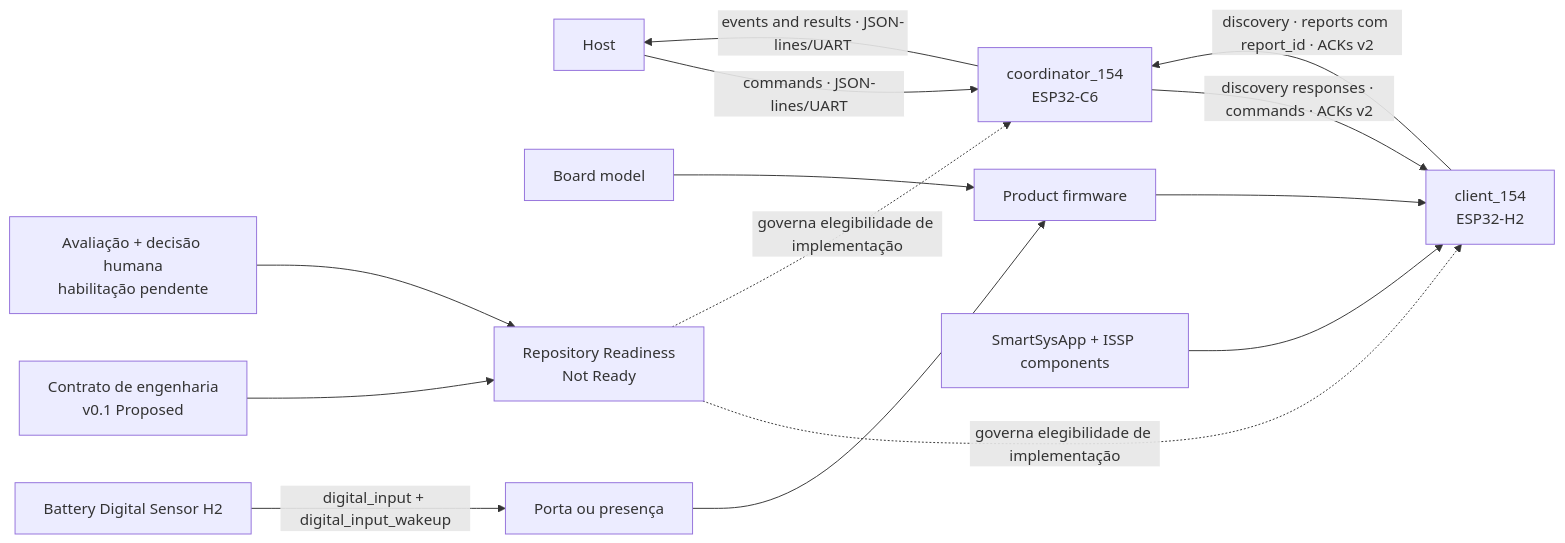
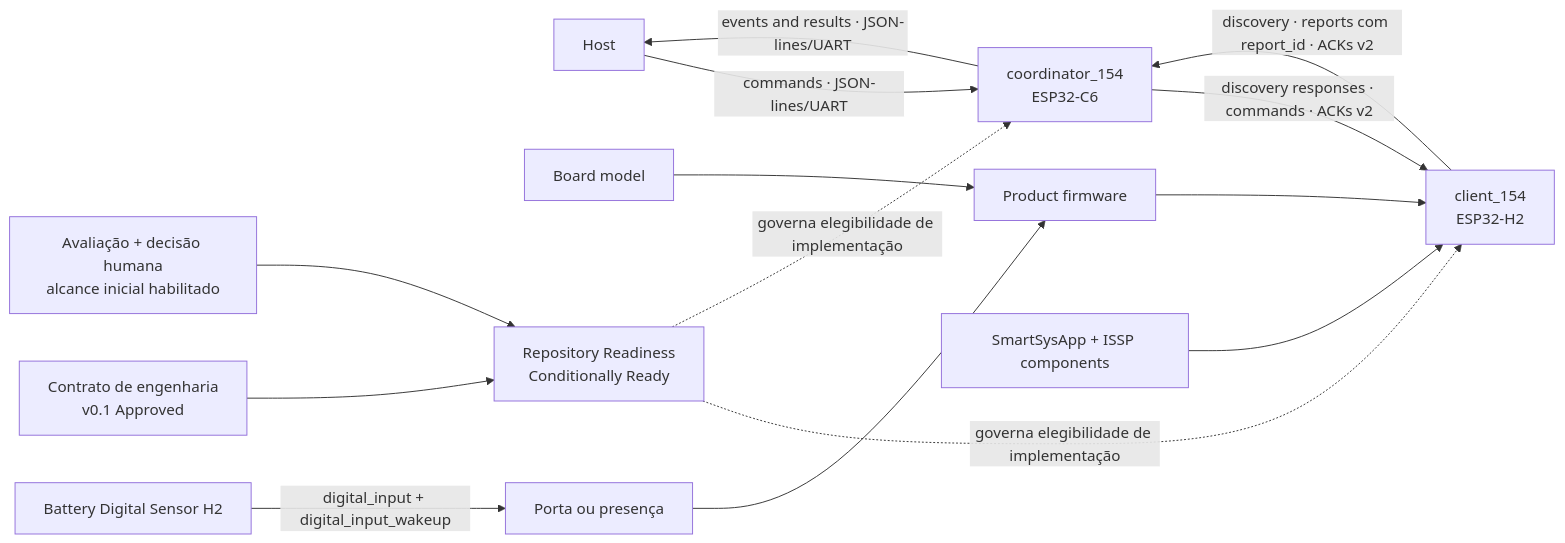
The diagram in docs/rfc/KNOWLEDGE-MAP.md (iotsmartsys/IoTSmartLink15.4), drawn with Mermaid before and after one commit. The commit also changed other lines of this file and 7 other files, not shown here.

````diff
--- a/docs/rfc/KNOWLEDGE-MAP.md
+++ b/docs/rfc/KNOWLEDGE-MAP.md
@@ -104,16 +104,16 @@
 ```mermaid
 flowchart LR
     Host["Host"] -->|"commands · JSON-lines/UART"| Coordinator["coordinator_154<br/>ESP32-C6"]
     Coordinator -->|"events and results · JSON-lines/UART"| Host
     Coordinator -->|"discovery responses · commands · ACKs v2"| Client["client_154<br/>ESP32-H2"]
     Client -->|"discovery · reports com report_id · ACKs v2"| Coordinator
     Product["Product firmware"] --> Client
     Board["Board model"] --> Product
     DigitalBoard["Battery Digital Sensor H2"] -->|"digital_input + digital_input_wakeup"| BatteryProducts["Porta ou presença"]
     BatteryProducts --> Product
     Shared["SmartSysApp + ISSP components"] --> Client
-    Contract["Contrato de engenharia<br/>v0.1 Proposed"] --> Qualification["Repository Readiness<br/>Not Ready"]
-    Assessment["Avaliação + decisão humana<br/>habilitação pendente"] --> Qualification
+    Contract["Contrato de engenharia<br/>v0.1 Approved"] --> Qualification["Repository Readiness<br/>Conditionally Ready"]
+    Assessment["Avaliação + decisão humana<br/>alcance inicial habilitado"] --> Qualification
     Qualification -.->|"governa elegibilidade de implementação"| Client
     Qualification -.->|"governa elegibilidade de implementação"| Coordinator
 ```
````
